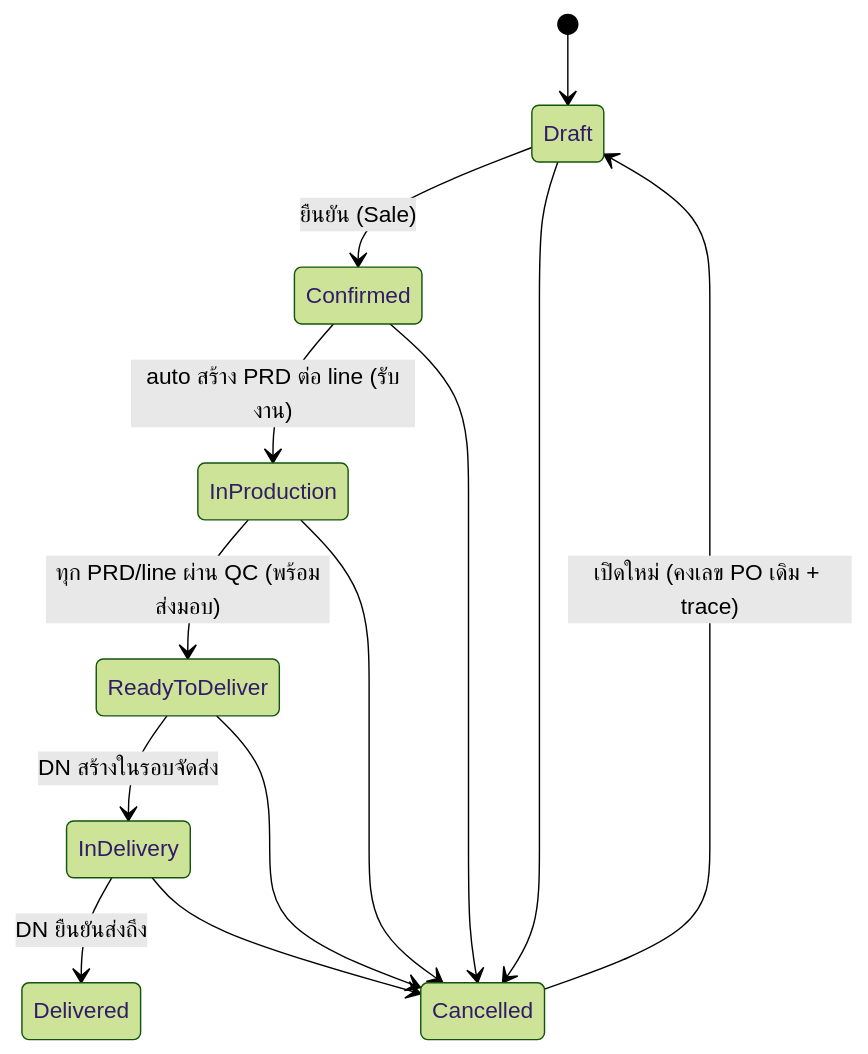
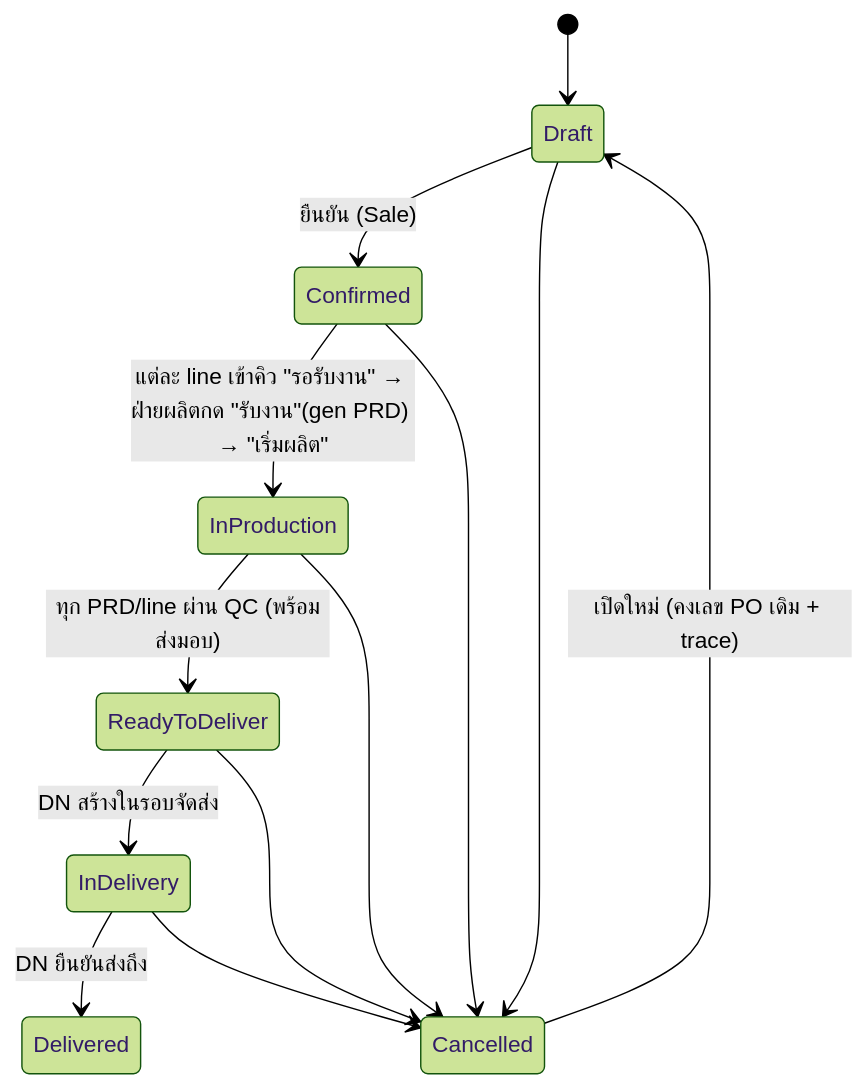
Before and after one commit to sitthi-phat/erp-cosmetics-manufacturing-module: the second of 7 diagrams in docs/requirements/erp-v2-ui-first/status-journeys.md, drawn with Mermaid (forest theme). The commit also changed other lines of this file and 3 other files, not shown here.

````diff
--- a/docs/requirements/erp-v2-ui-first/status-journeys.md
+++ b/docs/requirements/erp-v2-ui-first/status-journeys.md
@@ -56,15 +57,15 @@
 ```mermaid
 stateDiagram-v2
     [*] --> Draft
     Draft --> Confirmed: ยืนยัน (Sale)
-    Confirmed --> InProduction: auto สร้าง PRD ต่อ line (รับงาน)
+    Confirmed --> InProduction: แต่ละ line เข้าคิว "รอรับงาน" → ฝ่ายผลิตกด "รับงาน"(gen PRD) → "เริ่มผลิต"
     InProduction --> ReadyToDeliver: ทุก PRD/line ผ่าน QC (พร้อมส่งมอบ)
     ReadyToDeliver --> InDelivery: DN สร้างในรอบจัดส่ง
     InDelivery --> Delivered: DN ยืนยันส่งถึง
     Draft --> Cancelled
     Confirmed --> Cancelled
     InProduction --> Cancelled
     ReadyToDeliver --> Cancelled
     InDelivery --> Cancelled
     Cancelled --> Draft: เปิดใหม่ (คงเลข PO เดิม + trace)
 ```
````
